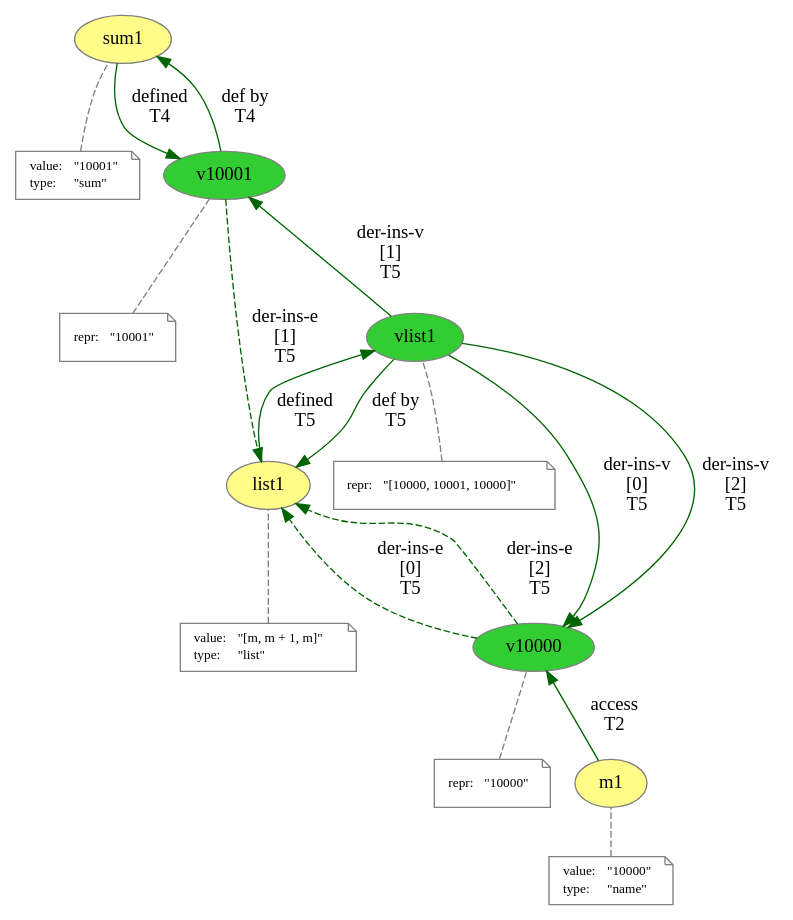
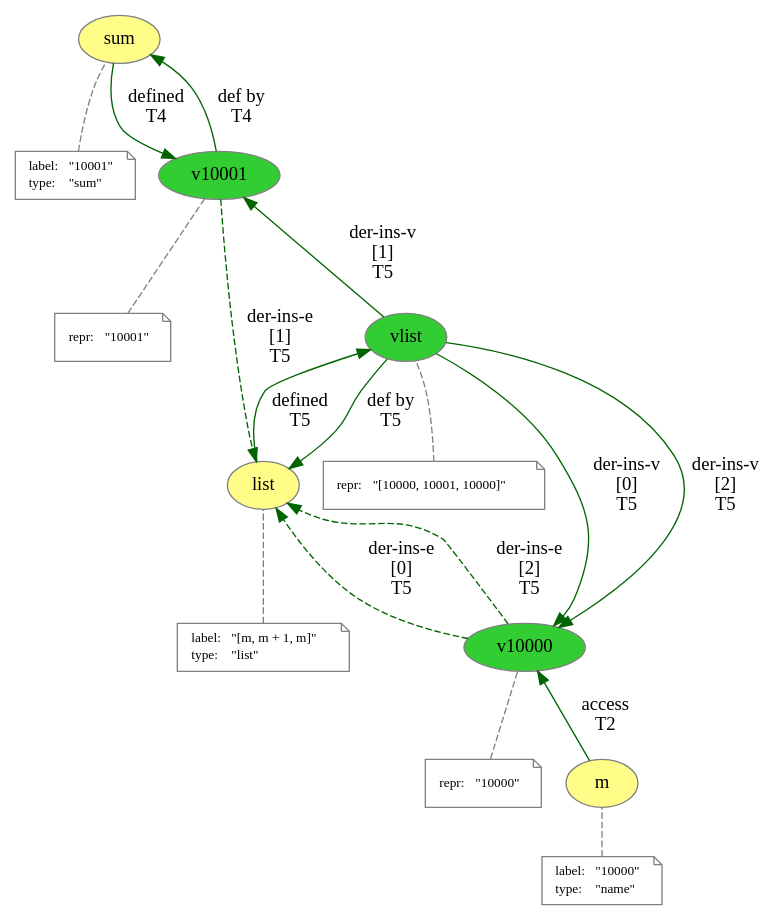
The diagram in mutable_prov/list.dot (dew-uff/versioned-prov), drawn with Graphviz before and after one commit. The commit also changed 46 other files, not shown here.

```diff
--- a/mutable_prov/list.dot
+++ b/mutable_prov/list.dot
@@ -1,90 +1,90 @@
 digraph "PROV" { size="16,12"; rankdir="BT";
-"http://example.org/m1" [fillcolor="#FFFC87",color="#808080",style="filled",label="m1",URL="http://example.org/m1"]
+"http://example.org/m" [fillcolor="#FFFC87",color="#808080",style="filled",label="m",URL="http://example.org/m"]
 "-attrs0" [color="gray",shape="note",fontsize="10",fontcolor="black",label=<<TABLE cellpadding="0" border="0">
 	<TR>
-	    <TD align="left">value:</TD>
+	    <TD align="left">label:</TD>
 	    <TD align="left">&quot;10000&quot;</TD>
 	</TR>
 	<TR>
 	    <TD align="left">type:</TD>
 	    <TD align="left">&quot;name&quot;</TD>
 	</TR>
 </TABLE>>]
-"-attrs0" -> "http://example.org/m1" [color="gray",style="dashed",arrowhead="none"]
+"-attrs0" -> "http://example.org/m" [color="gray",style="dashed",arrowhead="none"]
 "http://example.org/v10000" [fillcolor="#32CD32",color="#808080",style="filled",label="v10000",URL="http://example.org/v10000"]
 "-attrs1" [color="gray",shape="note",fontsize="10",fontcolor="black",label=<<TABLE cellpadding="0" border="0">
 	<TR>
 	    <TD align="left">repr:</TD>
 	    <TD align="left">&quot;10000&quot;</TD>
 	</TR>
 </TABLE>>]
 "-attrs1" -> "http://example.org/v10000" [color="gray",style="dashed",arrowhead="none"]
-"http://example.org/m1" -> "http://example.org/v10000" [labelfontsize="8",labeldistance="1.5",color="darkgreen",labelangle="60.0",rotation="20",label="access
+"http://example.org/m" -> "http://example.org/v10000" [labelfontsize="8",labeldistance="1.5",color="darkgreen",labelangle="60.0",rotation="20",label="access
 T2"]
-"http://example.org/sum1" [fillcolor="#FFFC87",color="#808080",style="filled",label="sum1",URL="http://example.org/sum1"]
+"http://example.org/sum" [fillcolor="#FFFC87",color="#808080",style="filled",label="sum",URL="http://example.org/sum"]
 "-attrs2" [color="gray",shape="note",fontsize="10",fontcolor="black",label=<<TABLE cellpadding="0" border="0">
 	<TR>
-	    <TD align="left">value:</TD>
+	    <TD align="left">label:</TD>
 	    <TD align="left">&quot;10001&quot;</TD>
 	</TR>
 	<TR>
 	    <TD align="left">type:</TD>
 	    <TD align="left">&quot;sum&quot;</TD>
 	</TR>
 </TABLE>>]
-"-attrs2" -> "http://example.org/sum1" [color="gray",style="dashed",arrowhead="none"]
+"-attrs2" -> "http://example.org/sum" [color="gray",style="dashed",arrowhead="none"]
 "http://example.org/v10001" [fillcolor="#32CD32",color="#808080",style="filled",label="v10001",URL="http://example.org/v10001"]
 "-attrs3" [color="gray",shape="note",fontsize="10",fontcolor="black",label=<<TABLE cellpadding="0" border="0">
 	<TR>
 	    <TD align="left">repr:</TD>
 	    <TD align="left">&quot;10001&quot;</TD>
 	</TR>
 </TABLE>>]
 "-attrs3" -> "http://example.org/v10001" [color="gray",style="dashed",arrowhead="none"]
-"http://example.org/sum1" -> "http://example.org/v10001" [labelfontsize="8",labeldistance="1.5",color="darkgreen",labelangle="60.0",rotation="20",label="defined
+"http://example.org/sum" -> "http://example.org/v10001" [labelfontsize="8",labeldistance="1.5",color="darkgreen",labelangle="60.0",rotation="20",label="defined
 T4"]
-"http://example.org/v10001" -> "http://example.org/sum1" [labelfontsize="8",labeldistance="1.5",color="darkgreen",labelangle="60.0",rotation="20",label="def by
+"http://example.org/v10001" -> "http://example.org/sum" [labelfontsize="8",labeldistance="1.5",color="darkgreen",labelangle="60.0",rotation="20",label="def by
 T4"]
-"http://example.org/list1" [fillcolor="#FFFC87",color="#808080",style="filled",label="list1",URL="http://example.org/list1"]
+"http://example.org/list" [fillcolor="#FFFC87",color="#808080",style="filled",label="list",URL="http://example.org/list"]
 "-attrs4" [color="gray",shape="note",fontsize="10",fontcolor="black",label=<<TABLE cellpadding="0" border="0">
 	<TR>
-	    <TD align="left">value:</TD>
+	    <TD align="left">label:</TD>
 	    <TD align="left">&quot;[m, m + 1, m]&quot;</TD>
 	</TR>
 	<TR>
 	    <TD align="left">type:</TD>
 	    <TD align="left">&quot;list&quot;</TD>
 	</TR>
 </TABLE>>]
-"-attrs4" -> "http://example.org/list1" [color="gray",style="dashed",arrowhead="none"]
-"http://example.org/vlist1" [fillcolor="#32CD32",color="#808080",style="filled",label="vlist1",URL="http://example.org/vlist1"]
+"-attrs4" -> "http://example.org/list" [color="gray",style="dashed",arrowhead="none"]
+"http://example.org/vlist" [fillcolor="#32CD32",color="#808080",style="filled",label="vlist",URL="http://example.org/vlist"]
 "-attrs5" [color="gray",shape="note",fontsize="10",fontcolor="black",label=<<TABLE cellpadding="0" border="0">
 	<TR>
 	    <TD align="left">repr:</TD>
 	    <TD align="left">&quot;[10000, 10001, 10000]&quot;</TD>
 	</TR>
 </TABLE>>]
-"-attrs5" -> "http://example.org/vlist1" [color="gray",style="dashed",arrowhead="none"]
-"http://example.org/vlist1" -> "http://example.org/v10000" [labelfontsize="8",labeldistance="1.5",color="darkgreen",labelangle="60.0",rotation="20",label="der-ins-v
+"-attrs5" -> "http://example.org/vlist" [color="gray",style="dashed",arrowhead="none"]
+"http://example.org/vlist" -> "http://example.org/v10000" [labelfontsize="8",labeldistance="1.5",color="darkgreen",labelangle="60.0",rotation="20",label="der-ins-v
 [0]
 T5"]
-"http://example.org/v10000" -> "http://example.org/list1" [labelfontsize="8",labeldistance="1.5",color="darkgreen",labelangle="60.0",rotation="20",label="der-ins-e
+"http://example.org/v10000" -> "http://example.org/list" [labelfontsize="8",labeldistance="1.5",color="darkgreen",labelangle="60.0",rotation="20",label="der-ins-e
 [0]
 T5",style="dashed"]
-"http://example.org/vlist1" -> "http://example.org/v10001" [labelfontsize="8",labeldistance="1.5",color="darkgreen",labelangle="60.0",rotation="20",label="der-ins-v
+"http://example.org/vlist" -> "http://example.org/v10001" [labelfontsize="8",labeldistance="1.5",color="darkgreen",labelangle="60.0",rotation="20",label="der-ins-v
 [1]
 T5"]
-"http://example.org/v10001" -> "http://example.org/list1" [labelfontsize="8",labeldistance="1.5",color="darkgreen",labelangle="60.0",rotation="20",label="der-ins-e
+"http://example.org/v10001" -> "http://example.org/list" [labelfontsize="8",labeldistance="1.5",color="darkgreen",labelangle="60.0",rotation="20",label="der-ins-e
 [1]
 T5",style="dashed"]
-"http://example.org/vlist1" -> "http://example.org/v10000" [labelfontsize="8",labeldistance="1.5",color="darkgreen",labelangle="60.0",rotation="20",label="der-ins-v
+"http://example.org/vlist" -> "http://example.org/v10000" [labelfontsize="8",labeldistance="1.5",color="darkgreen",labelangle="60.0",rotation="20",label="der-ins-v
 [2]
 T5"]
-"http://example.org/v10000" -> "http://example.org/list1" [labelfontsize="8",labeldistance="1.5",color="darkgreen",labelangle="60.0",rotation="20",label="der-ins-e
+"http://example.org/v10000" -> "http://example.org/list" [labelfontsize="8",labeldistance="1.5",color="darkgreen",labelangle="60.0",rotation="20",label="der-ins-e
 [2]
 T5",style="dashed"]
-"http://example.org/list1" -> "http://example.org/vlist1" [labelfontsize="8",labeldistance="1.5",color="darkgreen",labelangle="60.0",rotation="20",label="defined
+"http://example.org/list" -> "http://example.org/vlist" [labelfontsize="8",labeldistance="1.5",color="darkgreen",labelangle="60.0",rotation="20",label="defined
 T5"]
-"http://example.org/vlist1" -> "http://example.org/list1" [labelfontsize="8",labeldistance="1.5",color="darkgreen",labelangle="60.0",rotation="20",label="def by
+"http://example.org/vlist" -> "http://example.org/list" [labelfontsize="8",labeldistance="1.5",color="darkgreen",labelangle="60.0",rotation="20",label="def by
 T5"]
 }
```
